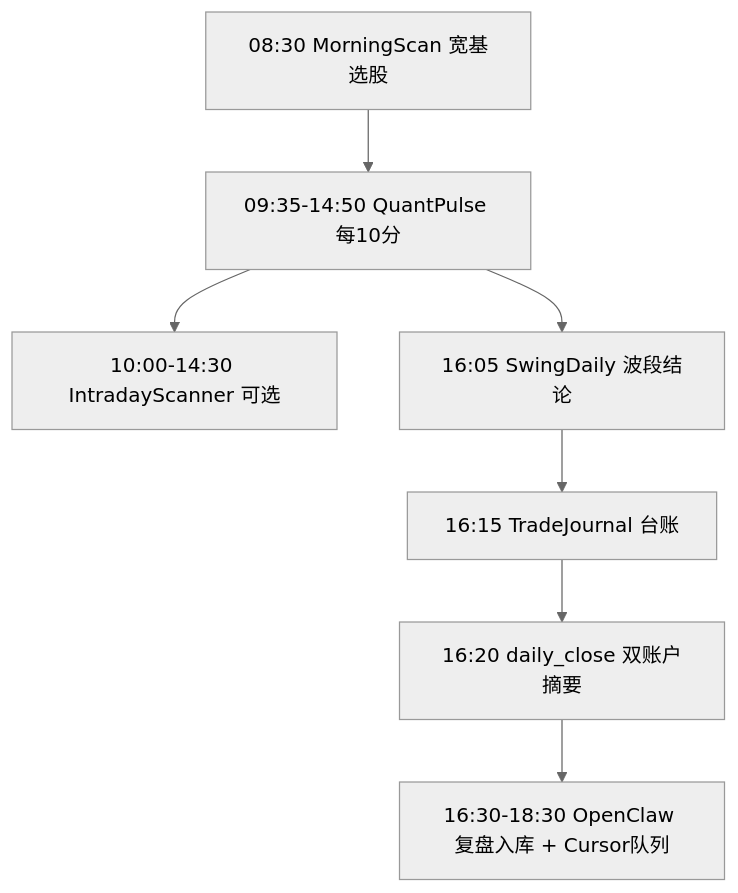
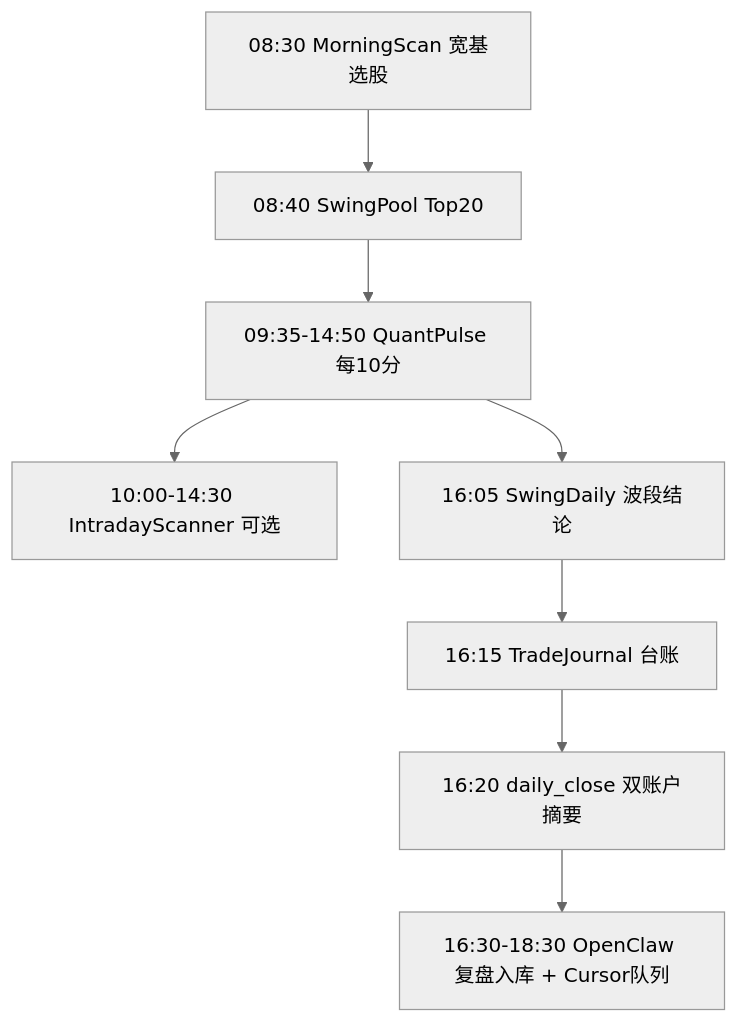
The diagram in docs/CRON_JOBS.md (shaohjz/quant-learn), drawn with Mermaid (neutral theme) before and after one commit. The commit also changed other lines of this file and 11 other files, not shown here.

First line of the commit message:
feat(swing): 动态稳定池 Top20 + 周末 hist，并同步部署契约

````diff
--- a/docs/CRON_JOBS.md
+++ b/docs/CRON_JOBS.md
@@ -23,9 +23,10 @@
 ```mermaid
 flowchart TD
-  A["08:30 MorningScan 宽基选股"] --> B["09:35-14:50 QuantPulse 每10分"]
+  A["08:30 MorningScan 宽基选股"] --> A2["08:40 SwingPool Top20"]
+  A2 --> B["09:35-14:50 QuantPulse 每10分"]
   B --> C["10:00-14:30 IntradayScanner 可选"]
   B --> D["16:05 SwingDaily 波段结论"]
   D --> E["16:15 TradeJournal 台账"]
   E --> F["16:20 daily_close 双账户摘要"]
   F --> G["16:30-18:30 OpenClaw 复盘入库 + Cursor队列"]
 ```
````
